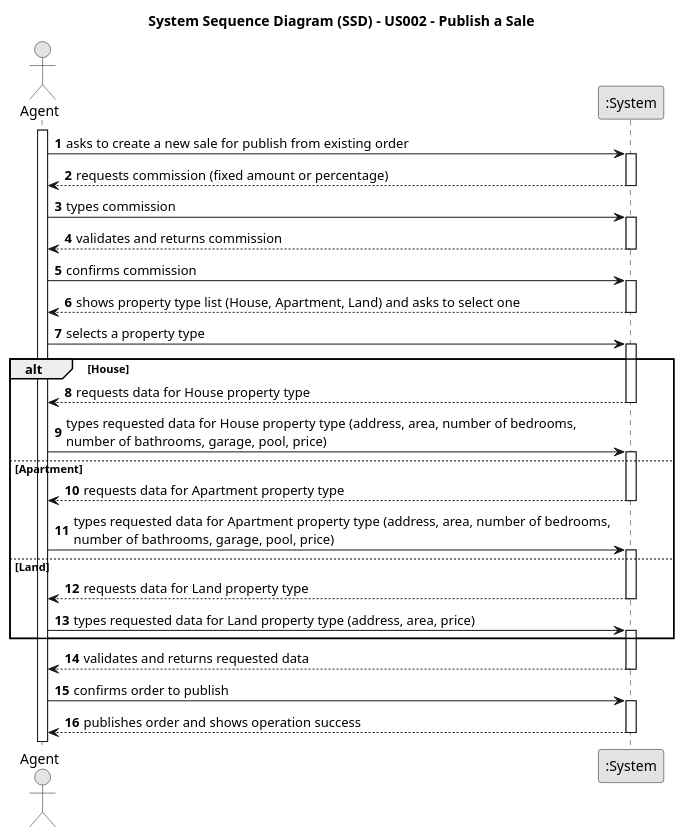
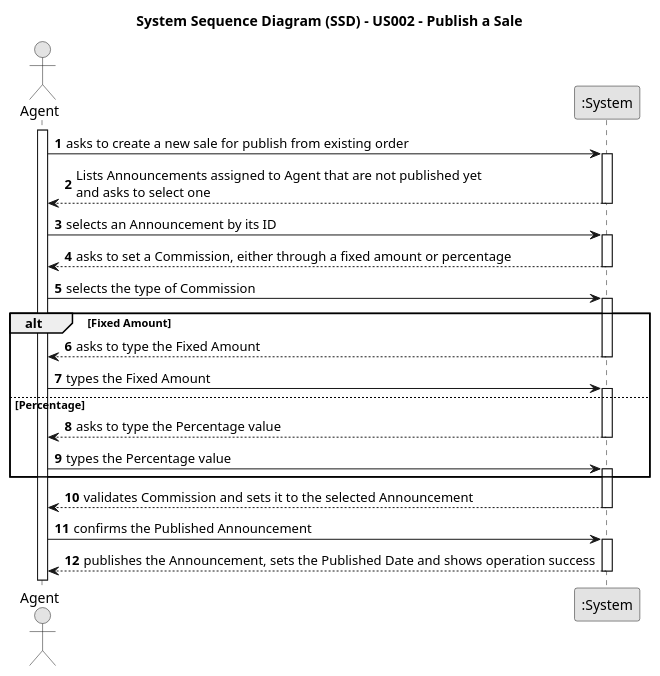
One commit to Goncalves2525/real-estate-management-system changed the diagram in docs/sprintB/us002/01.requirements-engineering/puml/us002-system-sequence-diagram-alternative-two.puml. Above: the diagram before and after it, drawn with PlantUML. The commit also changed 35 other files, not shown here.

Commit message:
Fixes to Employee class; removal of Set<> (changed to ArrayList<>)

```diff
--- a/docs/sprintB/us002/01.requirements-engineering/puml/us002-system-sequence-diagram-alternative-two.puml
+++ b/docs/sprintB/us002/01.requirements-engineering/puml/us002-system-sequence-diagram-alternative-two.puml
@@ -1,68 +1,54 @@
 @startuml
 skinparam monochrome true
 skinparam packageStyle rectangle
 skinparam shadowing false
 
 title System Sequence Diagram (SSD) - US002 - Publish a Sale
 
 autonumber
 
 actor "Agent" as Agent
 participant ":System" as System
 
 activate Agent
 
-    Agent -> System : asks to create a new sale for publish from existing order
-    activate System
+Agent -> System : asks to create a new sale for publish from existing order
+activate System
 
-    System --> Agent : requests commission (fixed amount or percentage)
+System --> Agent : Lists Announcements assigned to Agent that are not published yet\nand asks to select one
+deactivate System
+
+Agent -> System : selects an Announcement by its ID
+activate System
+
+System --> Agent : asks to set a Commission, either through a fixed amount or percentage
+deactivate System
+
+Agent -> System : selects the type of Commission
+activate System
+
+alt Fixed Amount
+    System --> Agent : asks to type the Fixed Amount
     deactivate System
 
-    Agent -> System : types commission
+    Agent -> System : types the Fixed Amount
     activate System
-
-    System --> Agent : validates and returns commission
+else Percentage
+    System --> Agent : asks to type the Percentage value
     deactivate System
 
-    Agent -> System : confirms commission
+    Agent -> System : types the Percentage value
     activate System
+end
 
-    System --> Agent : shows property type list (House, Apartment, Land) and asks to select one
-    deactivate System
+System --> Agent : validates Commission and sets it to the selected Announcement
+deactivate System
 
-    Agent -> System : selects a property type
-    activate System
+Agent -> System : confirms the Published Announcement
+activate System
 
-    alt House
+System --> Agent : publishes the Announcement, sets the Published Date and shows operation success
+deactivate System
 
-        System --> Agent : requests data for House property type
-        deactivate System
-
-        Agent -> System : types requested data for House property type (address, area, number of bedrooms, \nnumber of bathrooms, garage, pool, price)
-        activate System
-
-    else  Apartment
-
-        System --> Agent : requests data for Apartment property type
-        deactivate System
-
-        Agent -> System : types requested data for Apartment property type (address, area, number of bedrooms, \nnumber of bathrooms, garage, pool, price)
-        activate System
-    else  Land
-
-        System --> Agent : requests data for Land property type
-        deactivate System
-
-        Agent -> System : types requested data for Land property type (address, area, price)
-        activate System
-    end
-    System --> Agent : validates and returns requested data
-    deactivate System
-
-    Agent -> System : confirms order to publish
-    activate System
-
-    System --> Agent : publishes order and shows operation success
-    deactivate System
 
 @enduml
```
